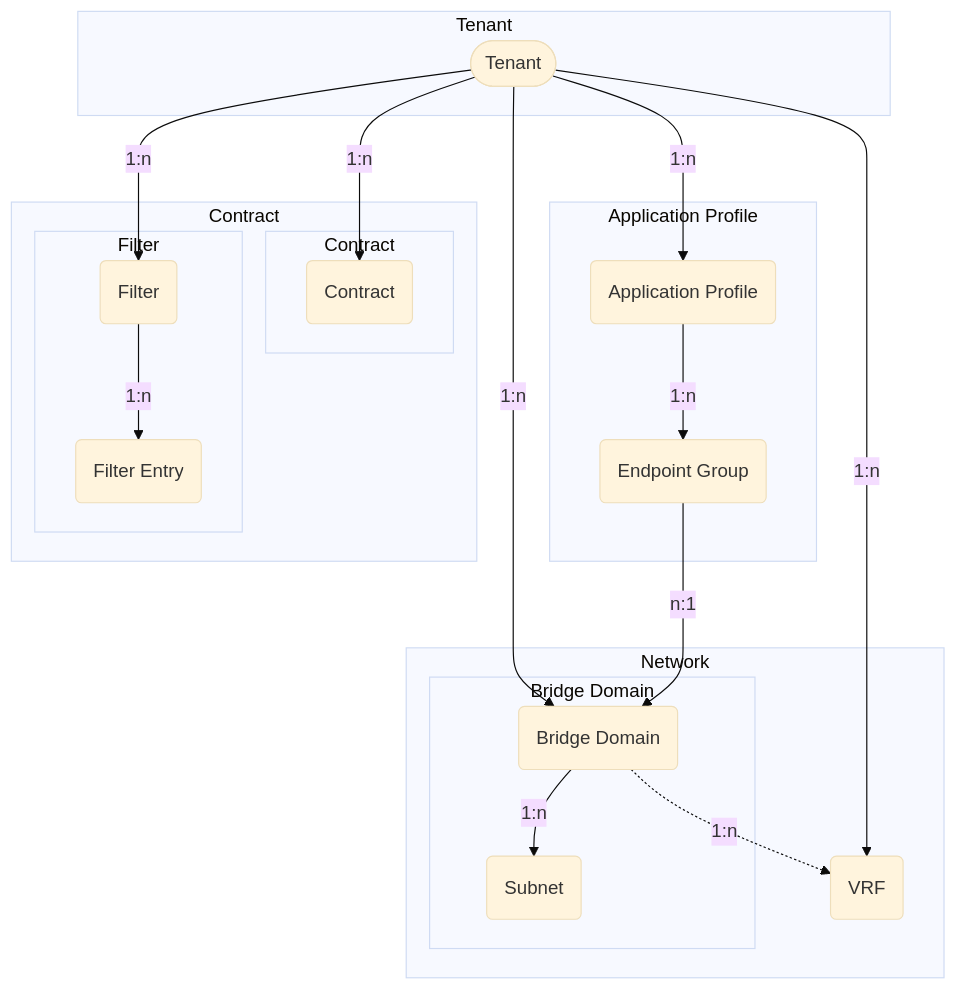
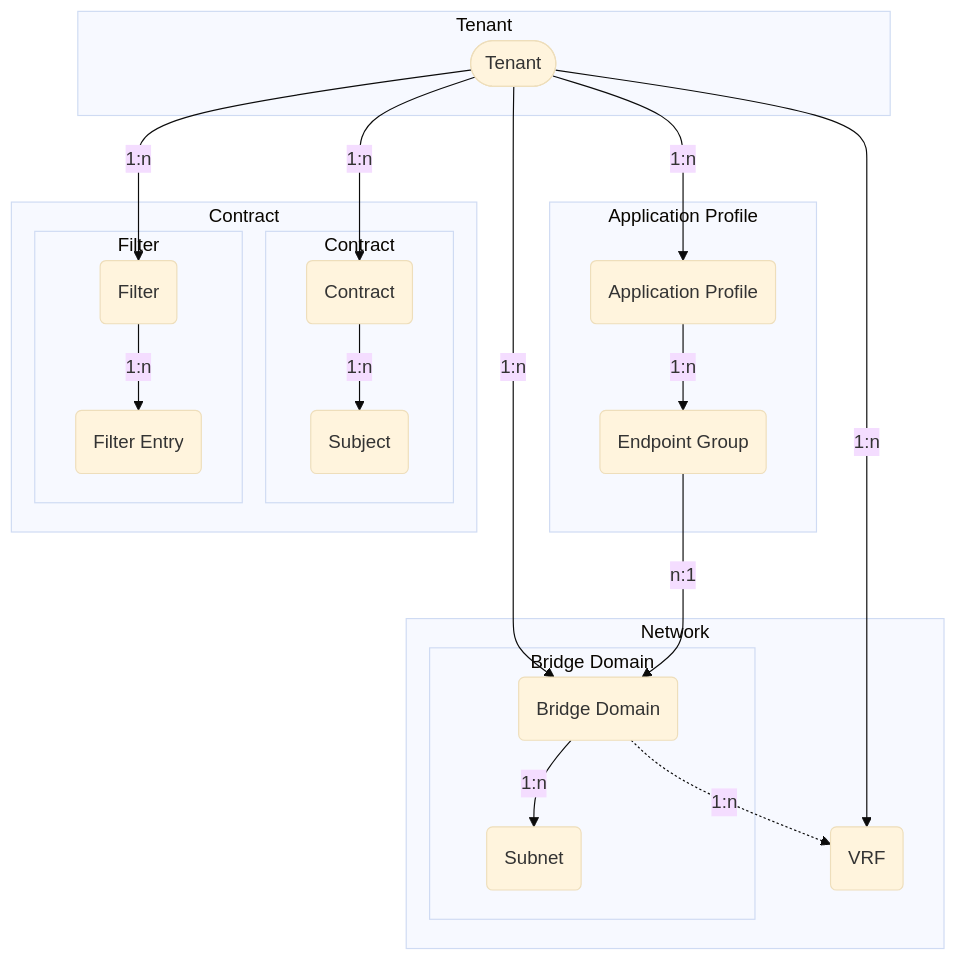
One commit to pheus/netbox-aci-plugin changed the diagram in docs/features/tenants.md. Above: the diagram before and after it, drawn with Mermaid (base theme). The commit also changed other lines of this file, not shown here.

First line of the commit message:
docs(subjects): Add Contract Subject documentation

````diff
--- a/docs/features/tenants.md
+++ b/docs/features/tenants.md
@@ -6,37 +6,39 @@
 ```mermaid
 flowchart TD
     TN([Tenant])
     AP(Application Profile)
     EPG(Endpoint Group)
     VRF(VRF)
     BD(Bridge Domain)
     SN(Subnet)
     CT(Contract)
+    SJ(Subject)
     FT(Filter)
     FTE(Filter Entry)
     subgraph graphTN [Tenant]
         TN
     end
     subgraph graphAP [Application Profile]
         TN -->|1:n| AP
         AP -->|1:n| EPG
     end
     subgraph graphNW [Network]
         subgraph graphBD [Bridge Domain]
             TN -->|1:n| BD
             BD -->|1:n| SN
         end
         BD -.->|1:n| VRF
         TN -->|1:n| VRF
     end
     subgraph graphCT [Contract]
         subgraph graphCTS [Contract]
             TN -->|1:n| CT
+            CT -->|1:n| SJ
         end
         subgraph graphFT [Filter]
             TN -->|1:n| FT
             FT -->|1:n| FTE
         end
     end
     EPG -->|n:1| BD
 ```
````
